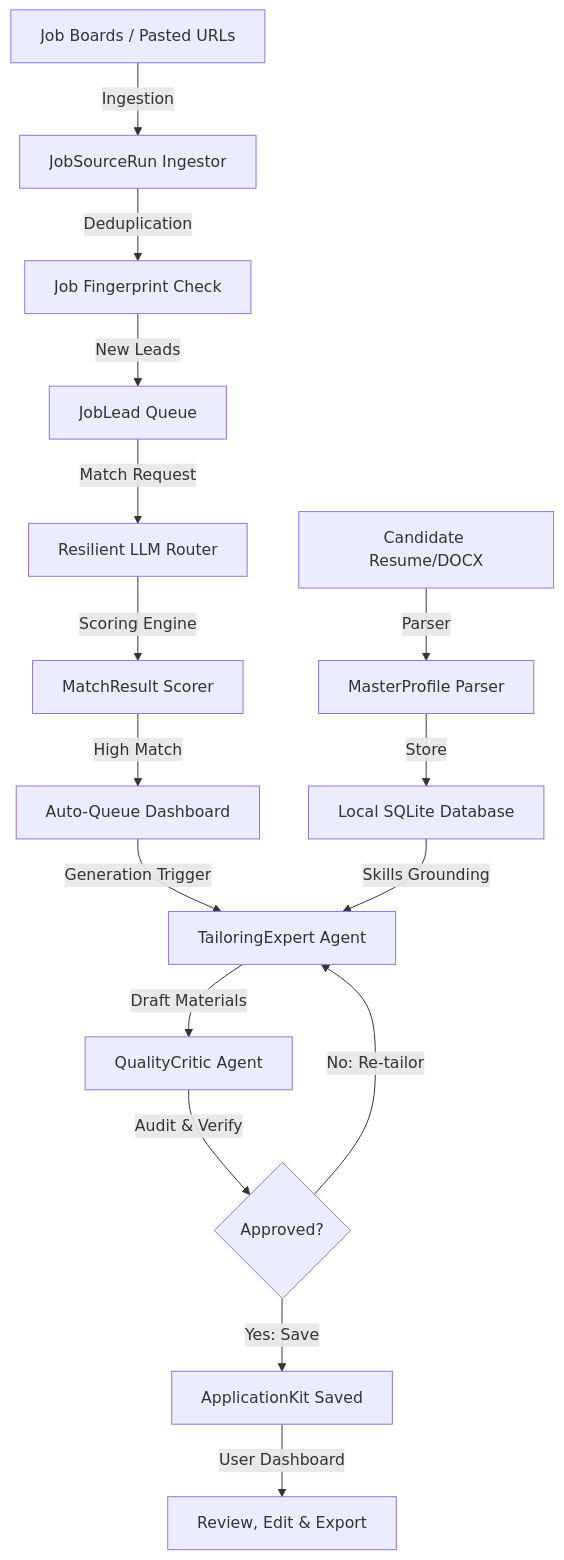
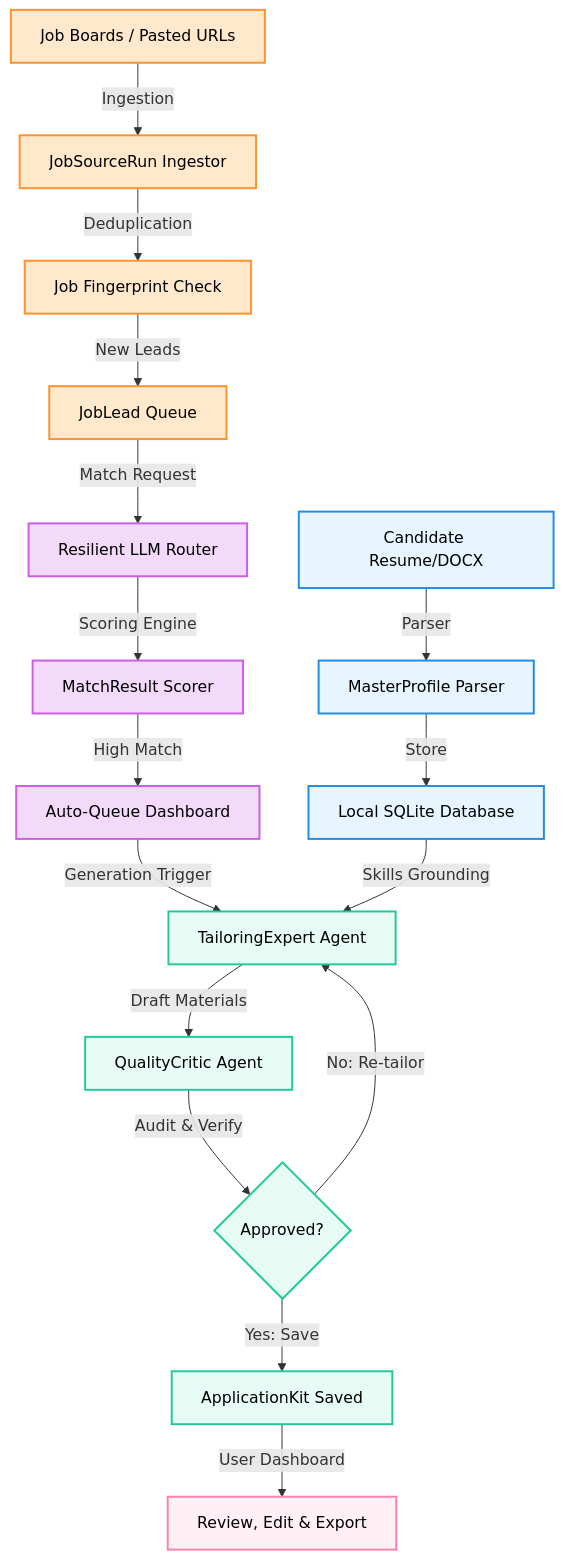
The first of 3 diagrams in README.md (ArPaN-DS/JobScout-AI), drawn with Mermaid before and after one commit. The commit also changed other lines of this file, not shown here.

Commit message:
style: Colorize architecture and router flowcharts and add header badges in README

````diff
--- a/README.md
+++ b/README.md
@@ -39,20 +44,36 @@
 ```mermaid
 graph TD
     A[Job Boards / Pasted URLs] -->|Ingestion| B[JobSourceRun Ingestor]
     B -->|Deduplication| C[Job Fingerprint Check]
     C -->|New Leads| D[JobLead Queue]
     D -->|Match Request| E[Resilient LLM Router]
     E -->|Scoring Engine| F[MatchResult Scorer]
     F -->|High Match| G[Auto-Queue Dashboard]
     
     H[Candidate Resume/DOCX] -->|Parser| I[MasterProfile Parser]
     I -->|Store| J[Local SQLite Database]
     
     G -->|Generation Trigger| K[TailoringExpert Agent]
     J -->|Skills Grounding| K
     K -->|Draft Materials| L[QualityCritic Agent]
     L -->|Audit & Verify| M{Approved?}
     M -->|No: Re-tailor| K
     M -->|Yes: Save| N[ApplicationKit Saved]
     N -->|User Dashboard| O[Review, Edit & Export]
+
+    style A fill:#ffe8cc,stroke:#ff922b,stroke-width:2px,color:#000
+    style B fill:#ffe8cc,stroke:#ff922b,stroke-width:2px,color:#000
+    style C fill:#ffe8cc,stroke:#ff922b,stroke-width:2px,color:#000
+    style D fill:#ffe8cc,stroke:#ff922b,stroke-width:2px,color:#000
+    style E fill:#f3d9fa,stroke:#cc5de8,stroke-width:2px,color:#000
+    style F fill:#f3d9fa,stroke:#cc5de8,stroke-width:2px,color:#000
+    style G fill:#f3d9fa,stroke:#cc5de8,stroke-width:2px,color:#000
+    style H fill:#e7f5ff,stroke:#228be6,stroke-width:2px,color:#000
+    style I fill:#e7f5ff,stroke:#228be6,stroke-width:2px,color:#000
+    style J fill:#e7f5ff,stroke:#228be6,stroke-width:2px,color:#000
+    style K fill:#e6fcf5,stroke:#20c997,stroke-width:2px,color:#000
+    style L fill:#e6fcf5,stroke:#20c997,stroke-width:2px,color:#000
+    style M fill:#e6fcf5,stroke:#20c997,stroke-width:2px,color:#000
+    style N fill:#e6fcf5,stroke:#20c997,stroke-width:2px,color:#000
+    style O fill:#fff0f6,stroke:#f783ac,stroke-width:2px,color:#000
 ```
````
